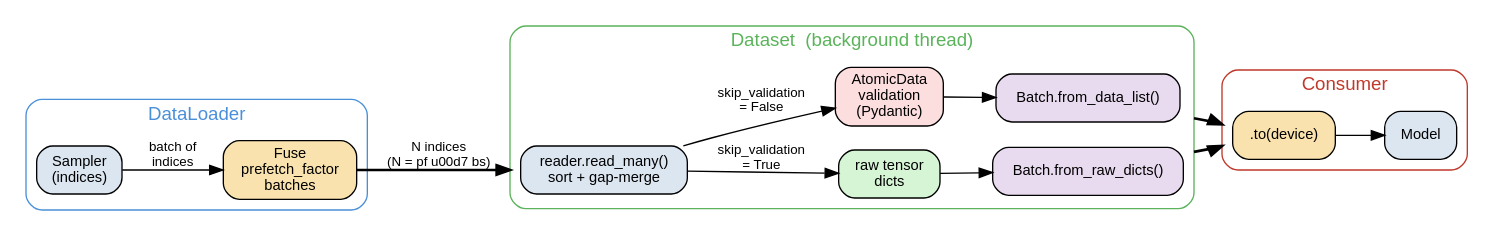
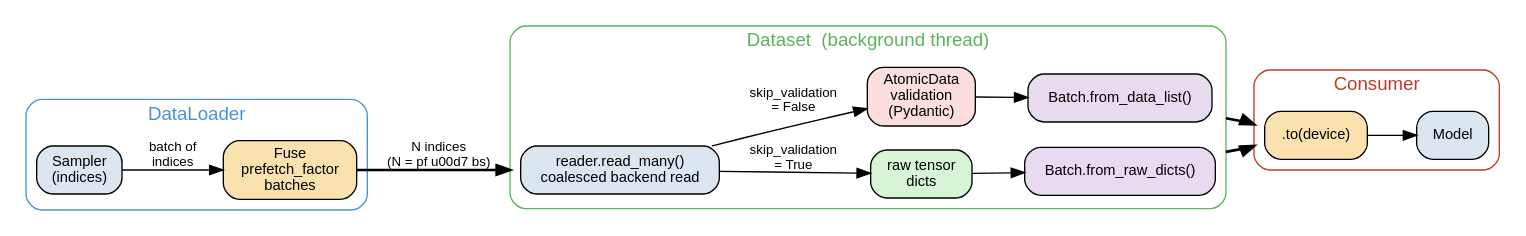
Before and after one commit to NVIDIA/nvalchemi-toolkit: the diagram in docs/userguide/zarr_compression.md, drawn with Graphviz. The commit also changed other lines of this file, not shown here.

Commit message:
docs(data): refresh Zarr read tuning guide

````diff
--- a/docs/userguide/zarr_compression.md
+++ b/docs/userguide/zarr_compression.md
@@ -657,55 +666,55 @@
 ```{graphviz}
 :caption: End-to-end read pipeline.
 
 digraph read_pipeline {
     rankdir=LR
     compound=true
     fontname="Helvetica"
     node [fontname="Helvetica" fontsize=11 shape=box style="filled,rounded"]
     edge [fontname="Helvetica" fontsize=10]
 
     subgraph cluster_dataloader {
         label="DataLoader"
         style=rounded
         color="#4a90d9"
         fontcolor="#4a90d9"
 
         sampler [label="Sampler\n(indices)" fillcolor="#dce6f1"]
         fuse [label="Fuse\nprefetch_factor\nbatches" fillcolor="#f9e2ae"]
         sampler -> fuse [label="batch of\nindices"]
     }
 
     subgraph cluster_dataset {
         label="Dataset  (background thread)"
         style=rounded
         color="#5bb35b"
         fontcolor="#5bb35b"
 
-        read_many [label="reader.read_many()\nsort + gap-merge" fillcolor="#dce6f1"]
+        read_many [label="reader.read_many()\ncoalesced backend read" fillcolor="#dce6f1"]
         validate [label="AtomicData\nvalidation\n(Pydantic)" fillcolor="#fddede"]
         raw [label="raw tensor\ndicts" fillcolor="#d5f5d5"]
         batch_val [label="Batch.from_data_list()" fillcolor="#e8daef"]
         batch_raw [label="Batch.from_raw_dicts()" fillcolor="#e8daef"]
 
         read_many -> validate [label="skip_validation\n= False"]
         read_many -> raw [label="skip_validation\n= True"]
         validate -> batch_val
         raw -> batch_raw
     }
 
     subgraph cluster_consumer {
         label="Consumer"
         style=rounded
         color="#c0392b"
         fontcolor="#c0392b"
 
         device [label=".to(device)" fillcolor="#f9e2ae"]
         model [label="Model" fillcolor="#dce6f1"]
         device -> model
     }
 
     fuse -> read_many [label="N indices\n(N = pf \u00d7 bs)" lhead=cluster_dataset style=bold]
     batch_val -> device [ltail=cluster_dataset lhead=cluster_consumer style=bold]
     batch_raw -> device [ltail=cluster_dataset lhead=cluster_consumer style=bold]
 }
 ```
````
